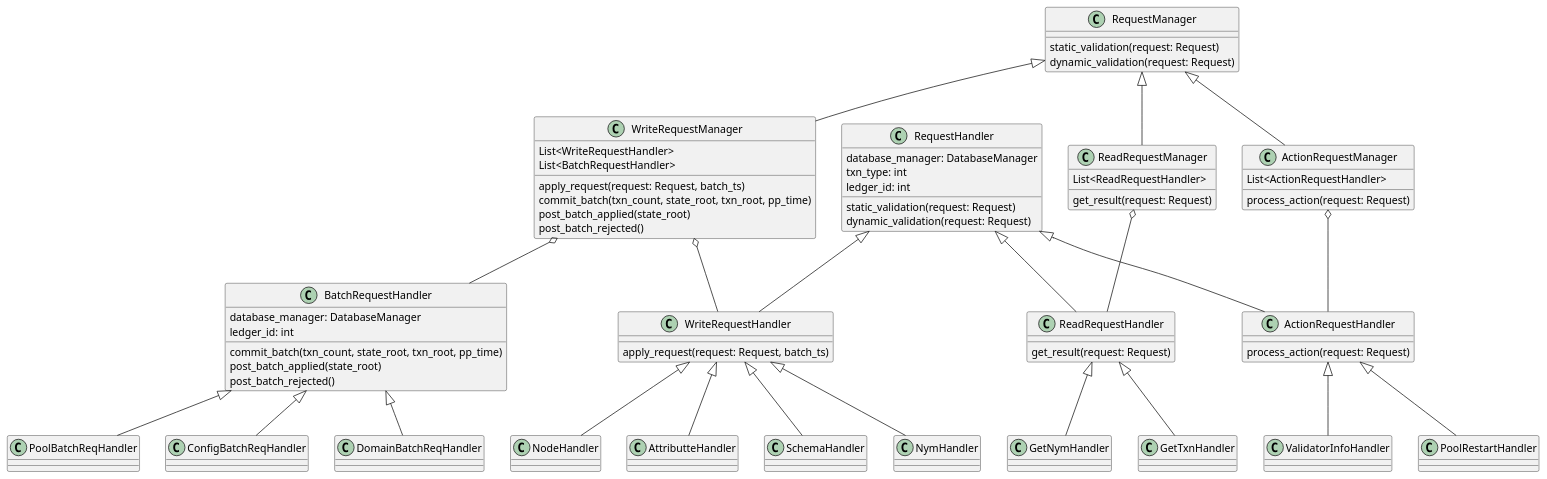
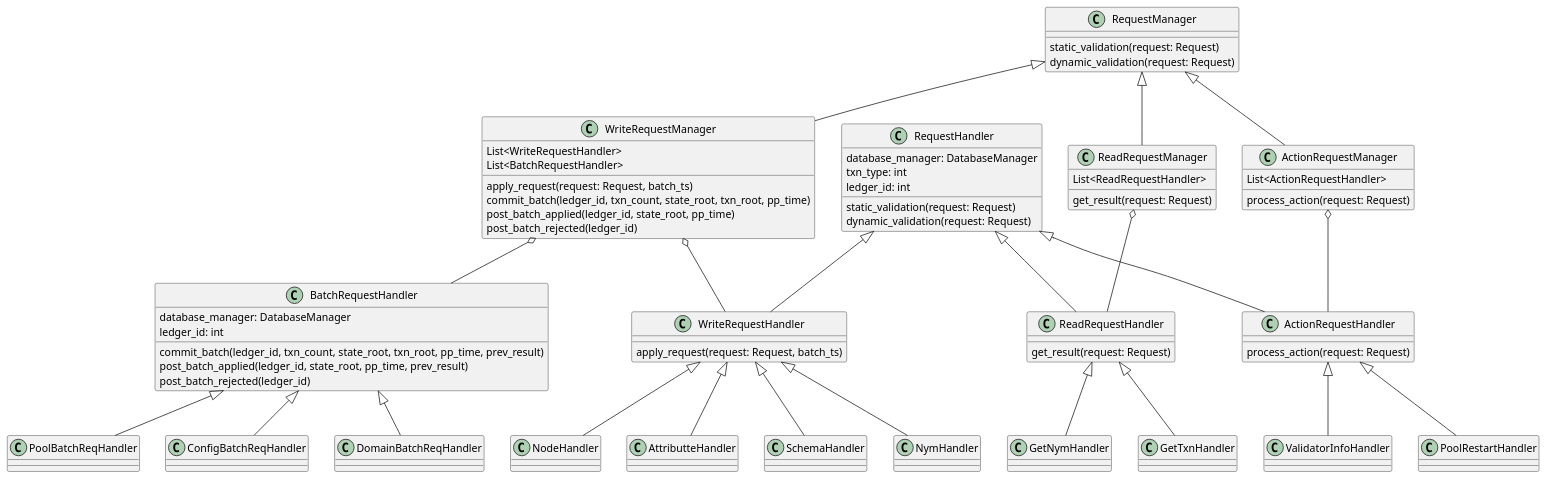
The diagram in design/request_management.puml (hyperledger/indy-node), drawn with PlantUML before and after one commit. The commit also changed 2 other files, not shown here.

```diff
--- a/design/request_management.puml
+++ b/design/request_management.puml
@@ -1,92 +1,92 @@
 @startuml
 class RequestManager{
 static_validation(request: Request)
 dynamic_validation(request: Request)
 }
 
 class WriteRequestManager{
   List<WriteRequestHandler>
   List<BatchRequestHandler>
 }
 
 class ReadRequestManager{
   List<ReadRequestHandler>
 }
 
 class ActionRequestManager{
   List<ActionRequestHandler>
 }
 
 class WriteRequestManager{
 apply_request(request: Request, batch_ts)
-commit_batch(txn_count, state_root, txn_root, pp_time)
-post_batch_applied(state_root)
-post_batch_rejected()
+commit_batch(ledger_id, txn_count, state_root, txn_root, pp_time)
+post_batch_applied(ledger_id, state_root, pp_time)
+post_batch_rejected(ledger_id)
 }
 
 class WriteRequestHandler{
 apply_request(request: Request, batch_ts)
 }
 
 class BatchRequestHandler{
 database_manager: DatabaseManager
 ledger_id: int
-commit_batch(txn_count, state_root, txn_root, pp_time)
-post_batch_applied(state_root)
-post_batch_rejected()
+commit_batch(ledger_id, txn_count, state_root, txn_root, pp_time, prev_result)
+post_batch_applied(ledger_id, state_root, pp_time, prev_result)
+post_batch_rejected(ledger_id)
 }
 
 class ReadRequestManager{
 get_result(request: Request)
 }
 
 class ReadRequestHandler{
 get_result(request: Request)
 }
 
 class ActionRequestManager{
 process_action(request: Request)
 }
 
 class ActionRequestHandler{
 process_action(request: Request)
 }
 
 class RequestHandler{
 database_manager: DatabaseManager
 txn_type: int
 ledger_id: int
 static_validation(request: Request)
 dynamic_validation(request: Request)
 }
 
 RequestHandler <|-- ActionRequestHandler
 RequestHandler <|-- ReadRequestHandler
 RequestHandler <|-- WriteRequestHandler
 
 RequestManager <|-- WriteRequestManager
 RequestManager <|-- ReadRequestManager
 RequestManager <|-- ActionRequestManager
 
 BatchRequestHandler <|-- DomainBatchReqHandler
 BatchRequestHandler <|-- PoolBatchReqHandler
 BatchRequestHandler <|-- ConfigBatchReqHandler
 
 WriteRequestManager o-- WriteRequestHandler
 WriteRequestManager o-- BatchRequestHandler
 
 ReadRequestManager o-- ReadRequestHandler
 
 ActionRequestManager o-- ActionRequestHandler
 
 WriteRequestHandler<|-- NymHandler
 WriteRequestHandler<|-- NodeHandler
 WriteRequestHandler<|-- AttributteHandler
 WriteRequestHandler<|-- SchemaHandler
 
 ReadRequestHandler<|-- GetTxnHandler
 ReadRequestHandler<|-- GetNymHandler
 
 ActionRequestHandler <|-- PoolRestartHandler
 ActionRequestHandler <|-- ValidatorInfoHandler
 @enduml
```
